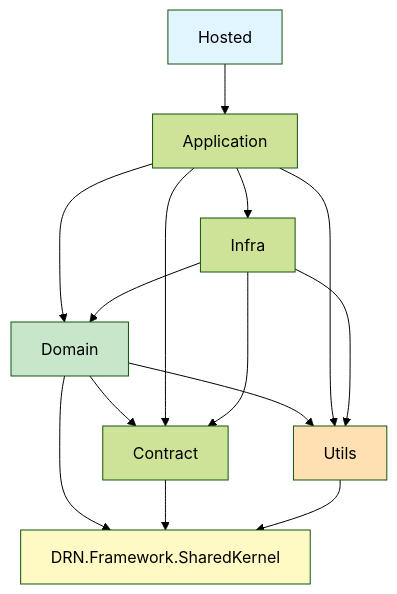
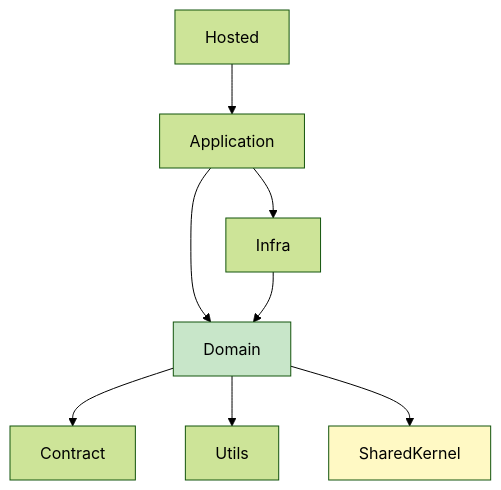
One commit to duranserkan/DRN-Project changed the diagram in .agent/skills/overview-ddd-architecture/SKILL.md. Above: the diagram before and after it, drawn with Mermaid (forest theme). The commit also changed other lines of this file and 40 other files, not shown here.

````diff
--- a/.agent/skills/overview-ddd-architecture/SKILL.md
+++ b/.agent/skills/overview-ddd-architecture/SKILL.md
@@ -143,25 +29,12 @@
 ```mermaid
 graph TD
     H[Hosted] --> A[Application]
-    
     A --> I[Infra]
-    
     A --> D[Domain]
     I --> D
-    
     D --> C[Contract]
     D --> U[Utils]
-    
-    A --> C
-    A --> U
-    I --> C
-    I --> U
-    D --> SK[DRN.Framework.SharedKernel]
-    C --> SK
-    U --> SK
-    
-    style H fill:#e1f5fe
+    D --> SK[SharedKernel]
     style D fill:#c8e6c9
     style SK fill:#fff9c4
-    style U fill:#ffe0b2
 ```
````
